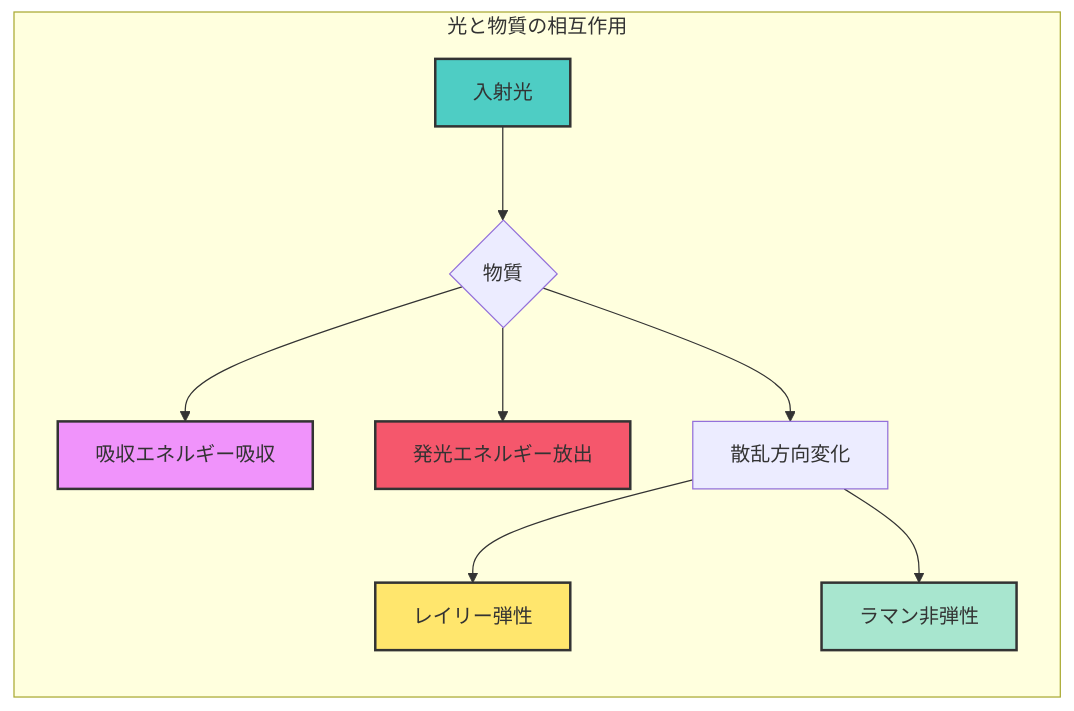
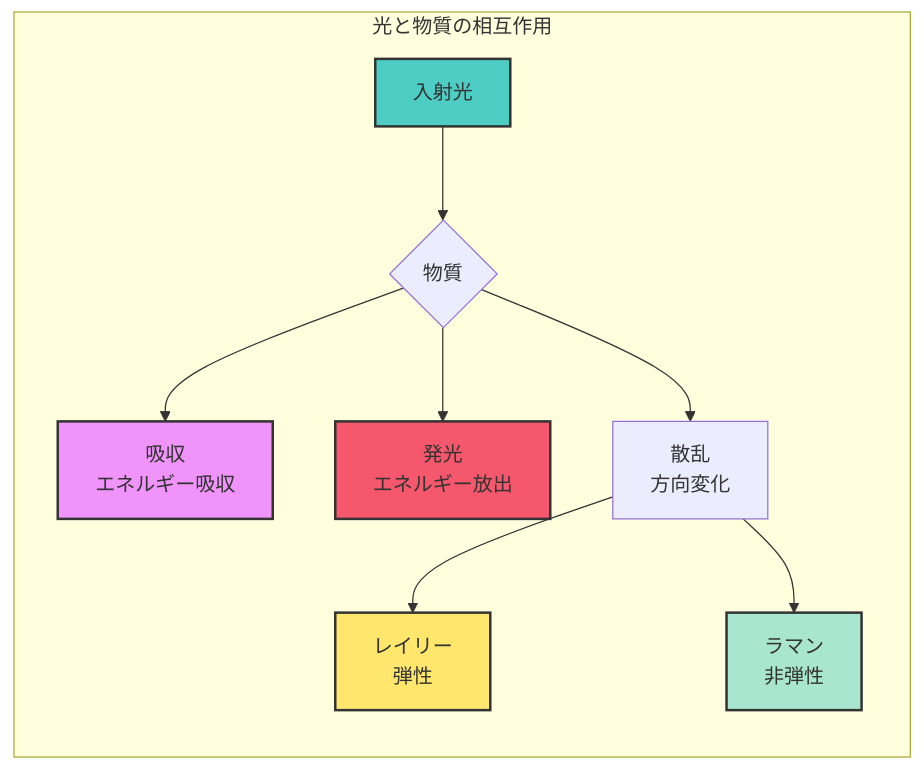
Before and after one commit to YusukeHashimotoLab/AI-Knowledge-Notes: the first of 2 diagrams in knowledge/jp/MS/spectroscopy-introduction/chapter-1.md, drawn with Mermaid. The commit also changed other lines of this file and 723 other files, not shown here.

````diff
--- a/knowledge/jp/MS/spectroscopy-introduction/chapter-1.md
+++ b/knowledge/jp/MS/spectroscopy-introduction/chapter-1.md
@@ -148,17 +164,17 @@
     ```mermaid
     graph LR
         subgraph "光と物質の相互作用"
         A[入射光] --> B{物質}
-        B --> C[吸収エネルギー吸収]
-        B --> D[発光エネルギー放出]
-        B --> E[散乱方向変化]
-        E --> F[レイリー弾性]
-        E --> G[ラマン非弾性]
+        B --> C[吸収<br/>エネルギー吸収]
+        B --> D[発光<br/>エネルギー放出]
+        B --> E[散乱<br/>方向変化]
+        E --> F[レイリー<br/>弾性]
+        E --> G[ラマン<br/>非弾性]
         end
     
         style A fill:#4ecdc4,stroke:#333,stroke-width:2px
         style C fill:#f093fb,stroke:#333,stroke-width:2px
         style D fill:#f5576c,stroke:#333,stroke-width:2px
         style F fill:#ffe66d,stroke:#333,stroke-width:2px
         style G fill:#a8e6cf,stroke:#333,stroke-width:2px
     ```
````
